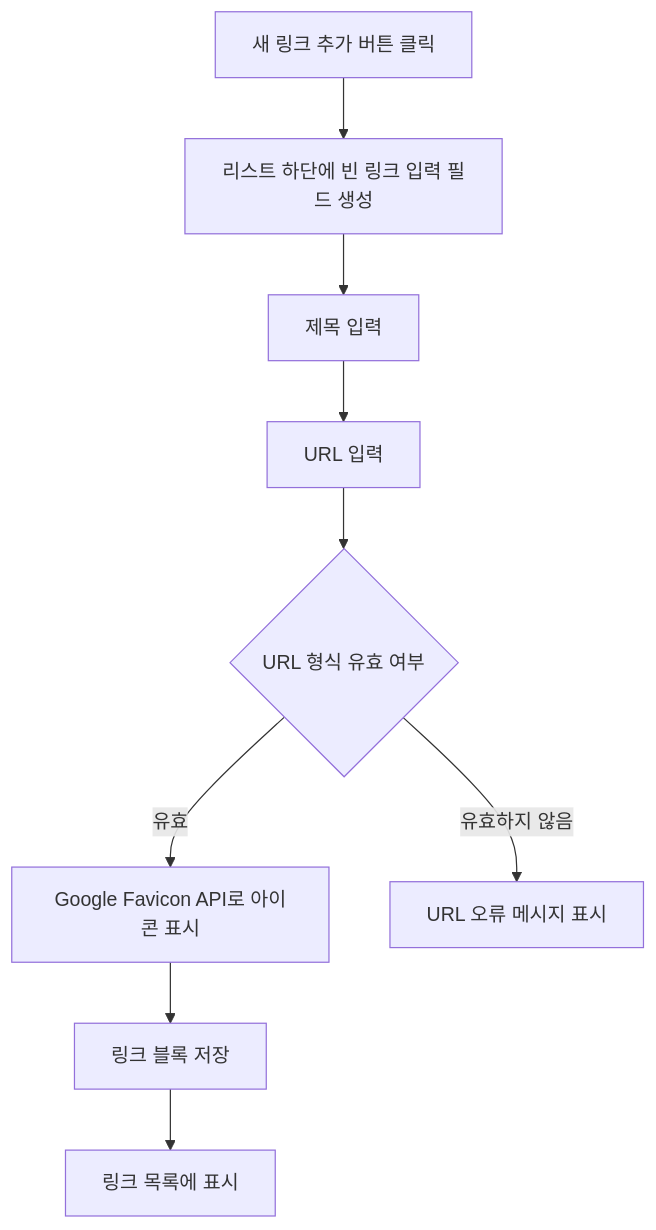
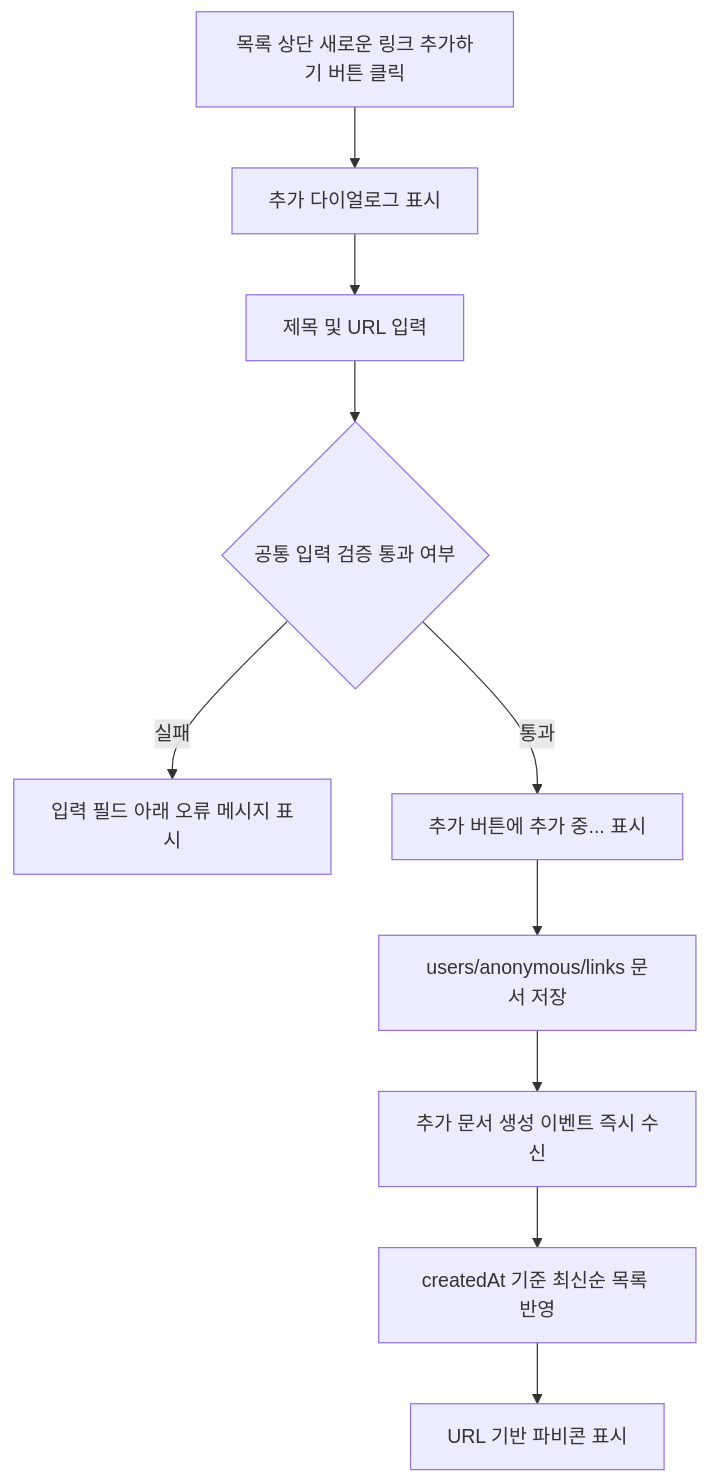
One commit to olivesch/my-link changed the sixth of 13 diagrams in docs/Wireframe.md. Above: the diagram before and after it, drawn with Mermaid. The commit also changed other lines of this file and 6 other files, not shown here.

````diff
--- a/docs/Wireframe.md
+++ b/docs/Wireframe.md
@@ -145,11 +150,12 @@
 ```mermaid
 flowchart TD
-  A["새 링크 추가 버튼 클릭"] --> B["리스트 하단에 빈 링크 입력 필드 생성"]
-  B --> C["제목 입력"]
-  C --> D["URL 입력"]
-  D --> E{"URL 형식 유효 여부"}
-  E -->|유효| F["Google Favicon API로 아이콘 표시"]
-  E -->|유효하지 않음| G["URL 오류 메시지 표시"]
-  F --> H["링크 블록 저장"]
-  H --> I["링크 목록에 표시"]
+  A["목록 상단 새로운 링크 추가하기 버튼 클릭"] --> B["추가 다이얼로그 표시"]
+  B --> C["제목 및 URL 입력"]
+  C --> D{"공통 입력 검증 통과 여부"}
+  D -->|실패| E["입력 필드 아래 오류 메시지 표시"]
+  D -->|통과| F["추가 버튼에 추가 중... 표시"]
+  F --> G["users/anonymous/links 문서 저장"]
+  G --> H["추가 문서 생성 이벤트 즉시 수신"]
+  H --> J["createdAt 기준 최신순 목록 반영"]
+  J --> I["URL 기반 파비콘 표시"]
 ```
````
